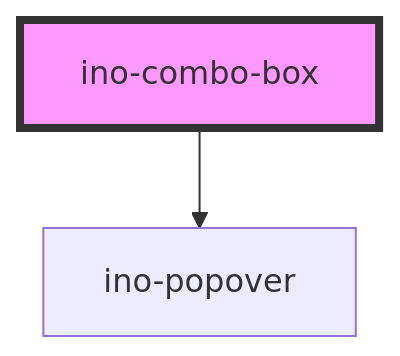
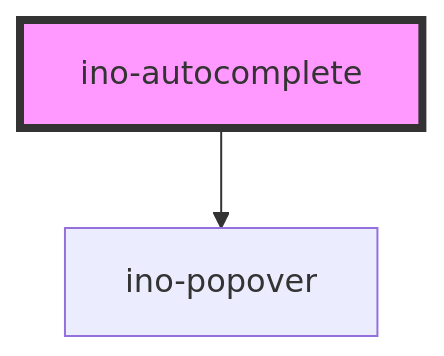
The diagram in packages/elements/src/components/ino-autocomplete/readme.md (inovex/elements), drawn with Mermaid before and after one commit. The commit also changed other lines of this file and 5 other files, not shown here.

````diff
--- a/packages/elements/src/components/ino-autocomplete/readme.md
+++ b/packages/elements/src/components/ino-autocomplete/readme.md
@@ -92,5 +85,5 @@
 ```mermaid
 graph TD;
-  ino-combo-box --> ino-popover
-  style ino-combo-box fill:#f9f,stroke:#333,stroke-width:4px
+  ino-autocomplete --> ino-popover
+  style ino-autocomplete fill:#f9f,stroke:#333,stroke-width:4px
 ```
````
